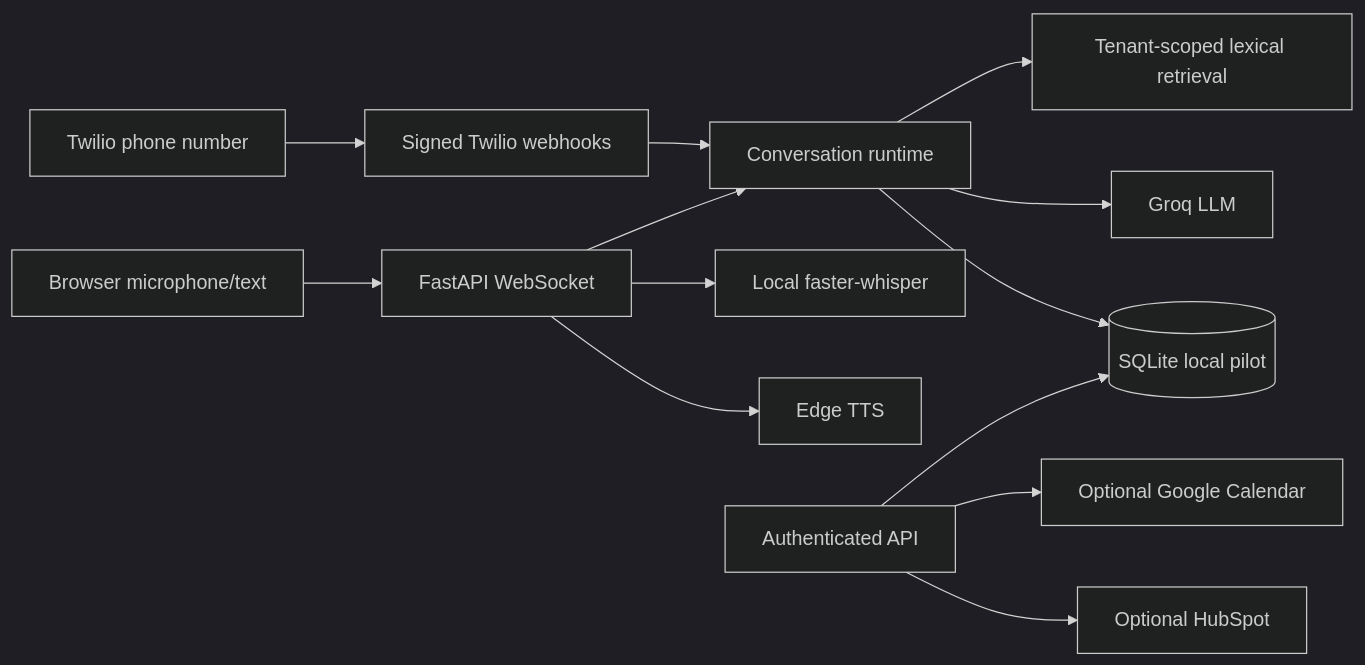
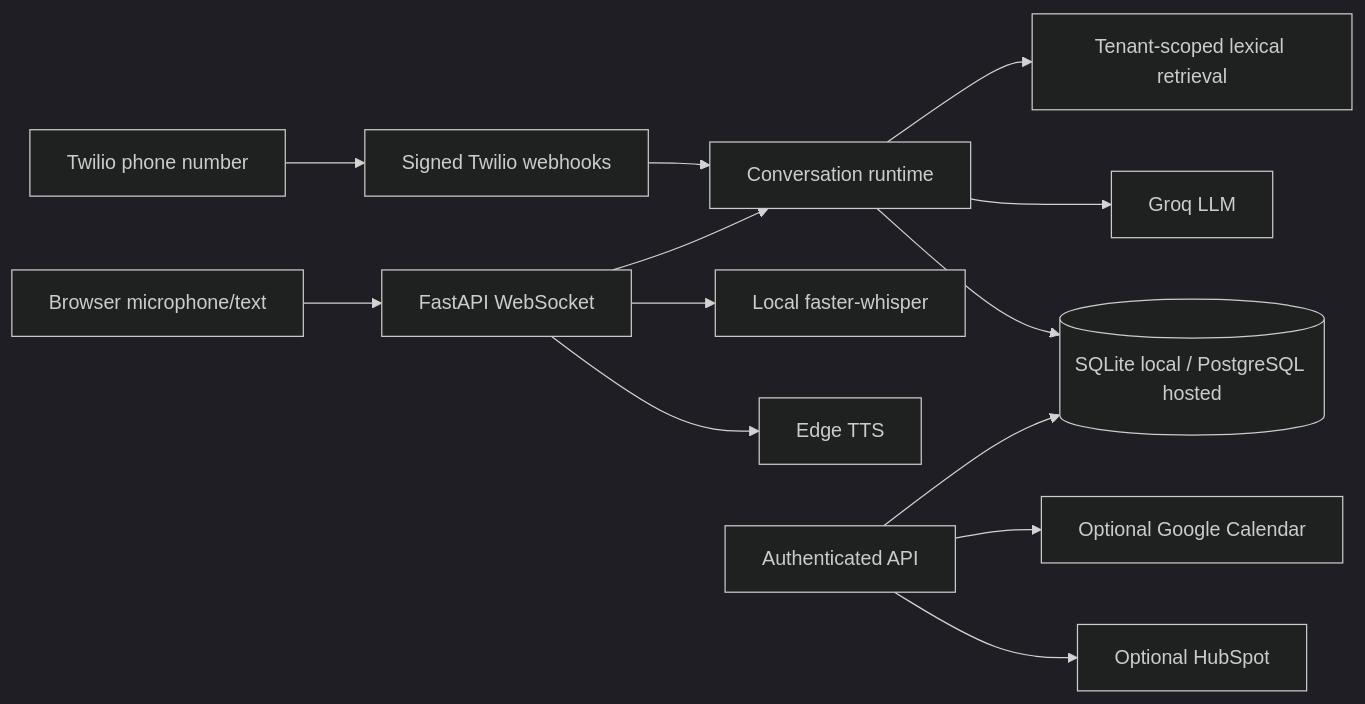
One commit to AnvitDevadiga/vocalis changed the diagram in README.md. Above: the diagram before and after it, drawn with Mermaid (dark theme). The commit also changed other lines of this file and 52 other files, not shown here.

````diff
--- a/README.md
+++ b/README.md
@@ -7,15 +7,15 @@
 ```mermaid
 flowchart LR
   Browser[Browser microphone/text] --> WS[FastAPI WebSocket]
   Twilio[Twilio phone number] --> Hook[Signed Twilio webhooks]
   WS --> Runtime[Conversation runtime]
   Hook --> Runtime
   Runtime --> RAG[Tenant-scoped lexical retrieval]
   Runtime --> Groq[Groq LLM]
-  Runtime --> DB[(SQLite local pilot)]
+  Runtime --> DB[(SQLite local / PostgreSQL hosted)]
   WS --> Whisper[Local faster-whisper]
   WS --> Edge[Edge TTS]
   API[Authenticated API] --> DB
   API --> Google[Optional Google Calendar]
   API --> HubSpot[Optional HubSpot]
 ```
````
